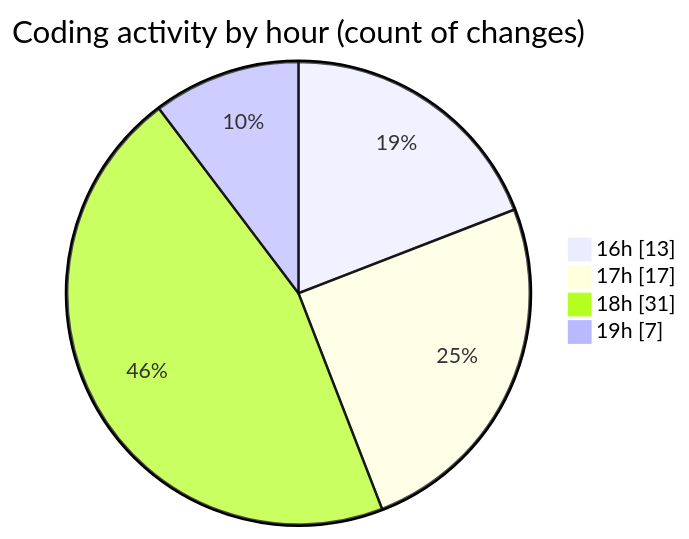
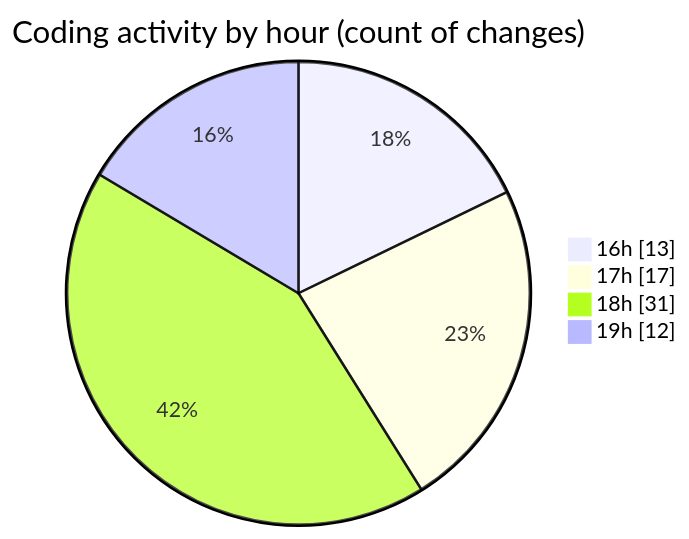
One commit to idhammustaqopulfikri/code-tracking changed the second of 2 diagrams in 2025-05-28/studio-backend/README.md. Above: the diagram before and after it, drawn with Mermaid. The commit also changed other lines of this file and 1 other file, not shown here.

````diff
--- a/2025-05-28/studio-backend/README.md
+++ b/2025-05-28/studio-backend/README.md
@@ -47,8 +48,8 @@
 ```mermaid
 pie showData
 title Coding activity by hour (count of changes)
 "16h" : 13
 "17h" : 17
 "18h" : 31
-"19h" : 7
+"19h" : 12
 ```
````
